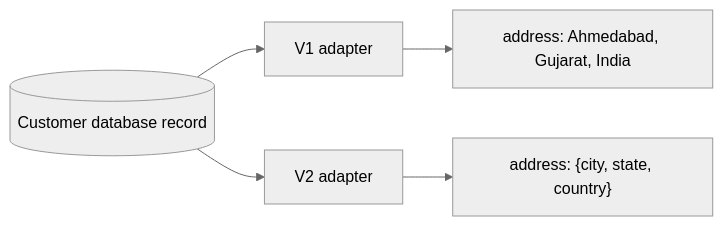
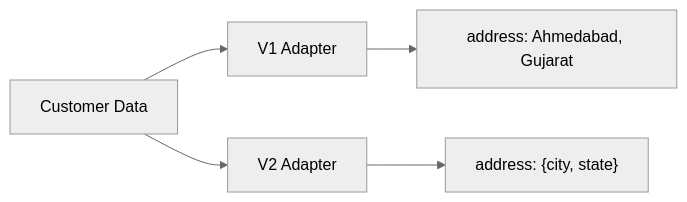
One commit to AvadhBhalodiya/Interview-Preparation changed the fourth of 5 diagrams in src/content/api-design/api-versioning.md. Above: the diagram before and after it, drawn with Mermaid (neutral theme). The commit also changed other lines of this file and 54 other files, not shown here.

````diff
--- a/src/content/api-design/api-versioning.md
+++ b/src/content/api-design/api-versioning.md
@@ -850,7 +417,7 @@
 ```mermaid
 flowchart LR
-    R[(Customer database record)] --> A1[V1 adapter]
-    R --> A2[V2 adapter]
-    A1 --> O1["address: Ahmedabad, Gujarat, India"]
-    A2 --> O2["address: {city, state, country}"]
+    D[Customer Data] --> A1[V1 Adapter]
+    D --> A2[V2 Adapter]
+    A1 --> O1["address: Ahmedabad, Gujarat"]
+    A2 --> O2["address: {city, state}"]
 ```
````
